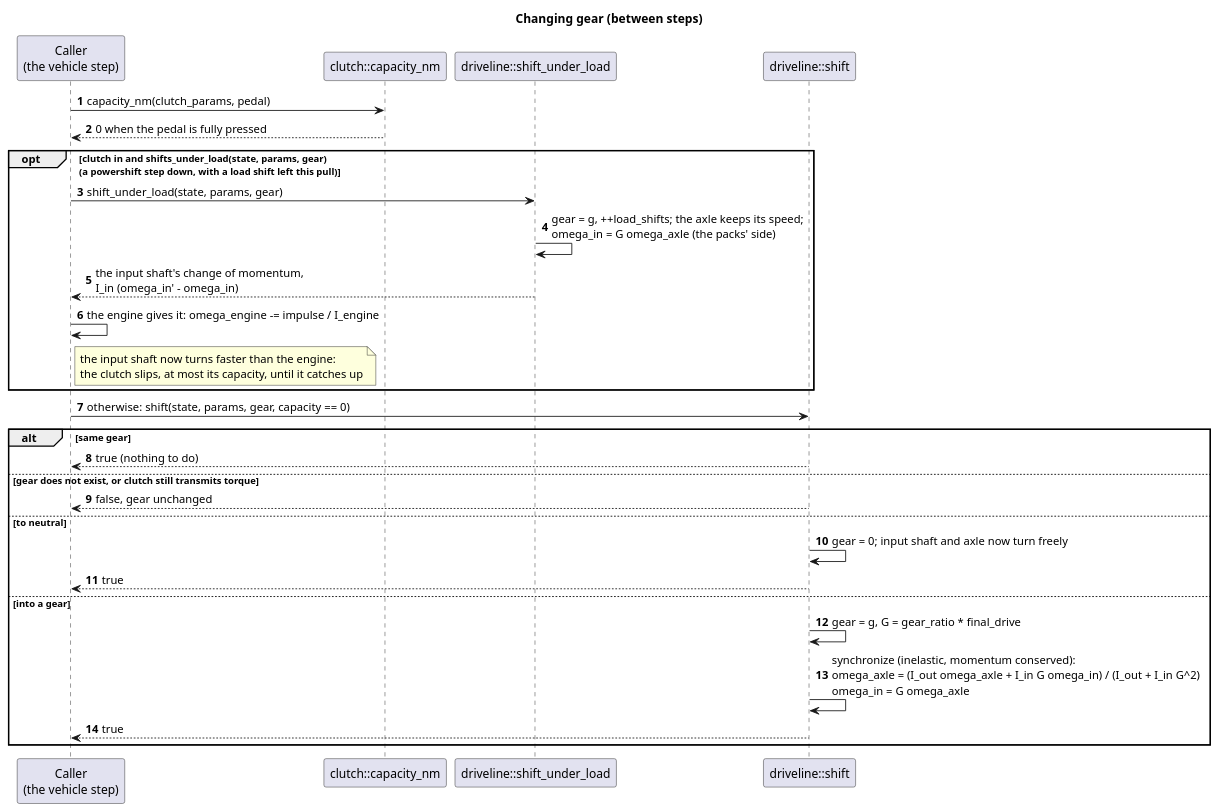
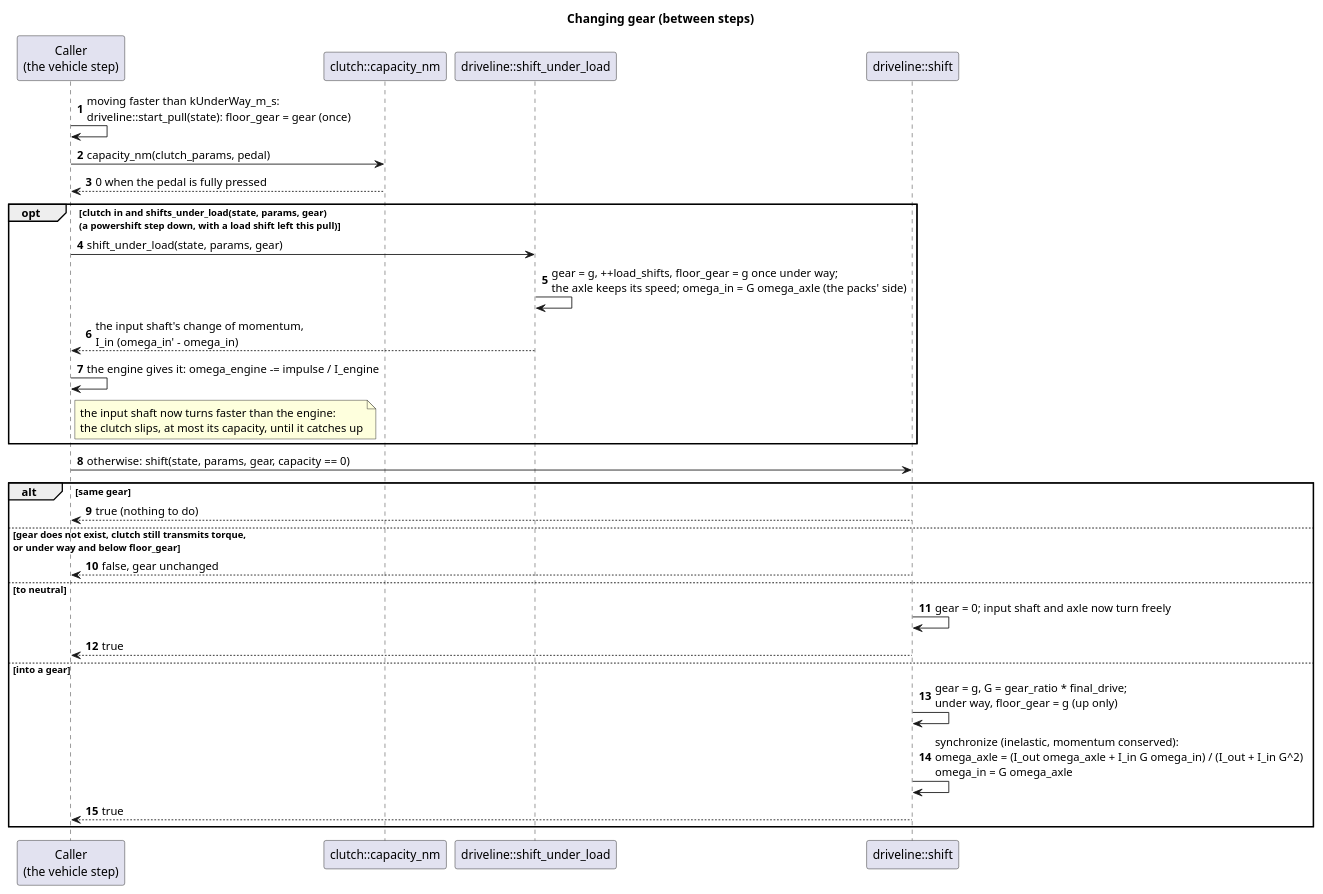
One commit to wversteeg/TractorPulling changed the diagram in docs/diagrams/gear_shift_sequence.puml. Above: the diagram before and after it, drawn with PlantUML. The commit also changed 26 other files, not shown here.

First line of the commit message:
Under way, the gearbox goes down only by its powershift

```diff
--- a/docs/diagrams/gear_shift_sequence.puml
+++ b/docs/diagrams/gear_shift_sequence.puml
@@ -1,31 +1,32 @@
 @startuml gear_shift_sequence
 title Changing gear (between steps)
 autonumber
 participant "Caller\n(the vehicle step)" as Caller
 participant "clutch::capacity_nm" as Capacity
 participant "driveline::shift_under_load" as Load
 participant "driveline::shift" as Shift
 
+Caller -> Caller : moving faster than kUnderWay_m_s:\ndriveline::start_pull(state): floor_gear = gear (once)
 Caller -> Capacity : capacity_nm(clutch_params, pedal)
 Capacity --> Caller : 0 when the pedal is fully pressed
 opt clutch in and shifts_under_load(state, params, gear)\n(a powershift step down, with a load shift left this pull)
   Caller -> Load : shift_under_load(state, params, gear)
-  Load -> Load : gear = g, ++load_shifts; the axle keeps its speed;\nomega_in = G omega_axle (the packs' side)
+  Load -> Load : gear = g, ++load_shifts, floor_gear = g once under way;\nthe axle keeps its speed; omega_in = G omega_axle (the packs' side)
   Load --> Caller : the input shaft's change of momentum,\nI_in (omega_in' - omega_in)
   Caller -> Caller : the engine gives it: omega_engine -= impulse / I_engine
   note right of Caller : the input shaft now turns faster than the engine:\nthe clutch slips, at most its capacity, until it catches up
 end
 Caller -> Shift : otherwise: shift(state, params, gear, capacity == 0)
 alt same gear
   Shift --> Caller : true (nothing to do)
-else gear does not exist, or clutch still transmits torque
+else gear does not exist, clutch still transmits torque,\nor under way and below floor_gear
   Shift --> Caller : false, gear unchanged
 else to neutral
   Shift -> Shift : gear = 0; input shaft and axle now turn freely
   Shift --> Caller : true
 else into a gear
-  Shift -> Shift : gear = g, G = gear_ratio * final_drive
+  Shift -> Shift : gear = g, G = gear_ratio * final_drive;\nunder way, floor_gear = g (up only)
   Shift -> Shift : synchronize (inelastic, momentum conserved):\nomega_axle = (I_out omega_axle + I_in G omega_in) / (I_out + I_in G^2)\nomega_in = G omega_axle
   Shift --> Caller : true
 end
 @enduml
```
